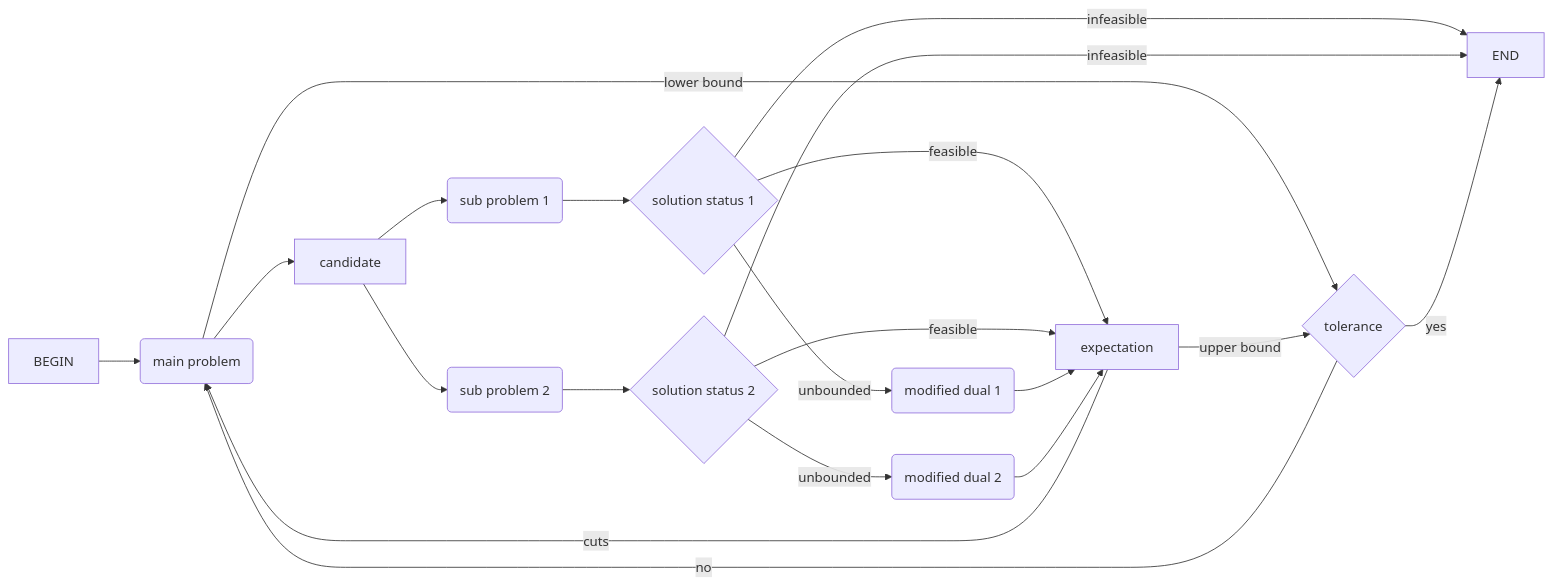
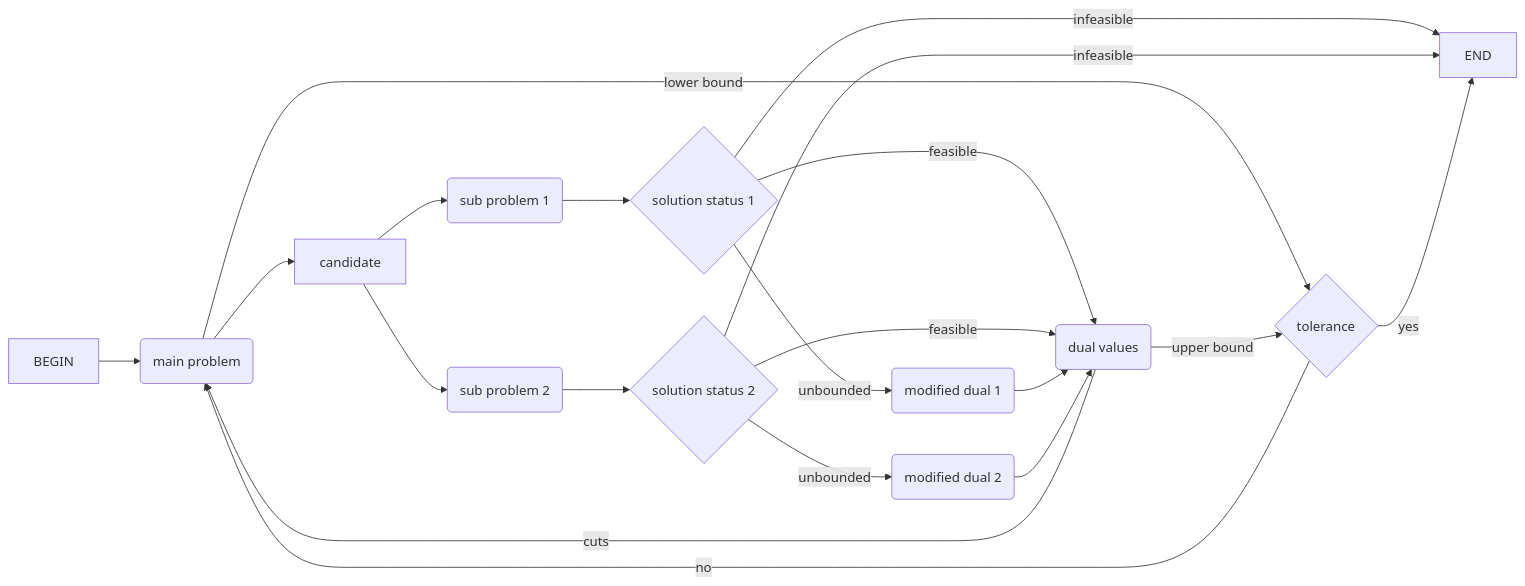
Before and after one commit to edxu96/MatrixOptim.jl: the diagram in docs/l-shaped-slides.qmd, drawn with Mermaid. The commit also changed 1 other file, not shown here.

Commit message:
fix `expectation` to be "dual values" in Meramid diagram

````diff
--- a/docs/l-shaped-slides.qmd
+++ b/docs/l-shaped-slides.qmd
@@ -101,22 +101,30 @@
 ```{mermaid}
 flowchart LR
-    BEGIN --> main(main problem)
+    main(main problem)
+    expectation(dual values)
+    sub1(sub problem 1)
+    sub2(sub problem 2)
+    convergence{tolerance}
+    status1{solution status 1}
+    status2{solution status 2}
+
+    BEGIN --> main
     main --> candidate
-    candidate --> sub1(sub problem 1)
-    candidate --> sub2(sub problem 2)
-    main --> |lower bound| convergence{tolerance}
-    sub1 --> status1{solution status 1}
-    sub2 --> status2{solution status 2}
+    candidate --> sub1
+    candidate --> sub2
+    main --> |lower bound| convergence
+    sub1 --> status1
+    sub2 --> status2
     status1 -- feasible --> expectation
     status2 -- feasible --> expectation
     status1 -- infeasible --> END
     status2 -- infeasible --> END
     status1 -- unbounded --> ray1(modified dual 1)
     status2 -- unbounded --> ray2(modified dual 2)
     ray1 --> expectation
     ray2 --> expectation
     expectation -->|cuts| main
     expectation --> |upper bound| convergence
     convergence -- yes --> END
     convergence -- no --> main
 ```
````
